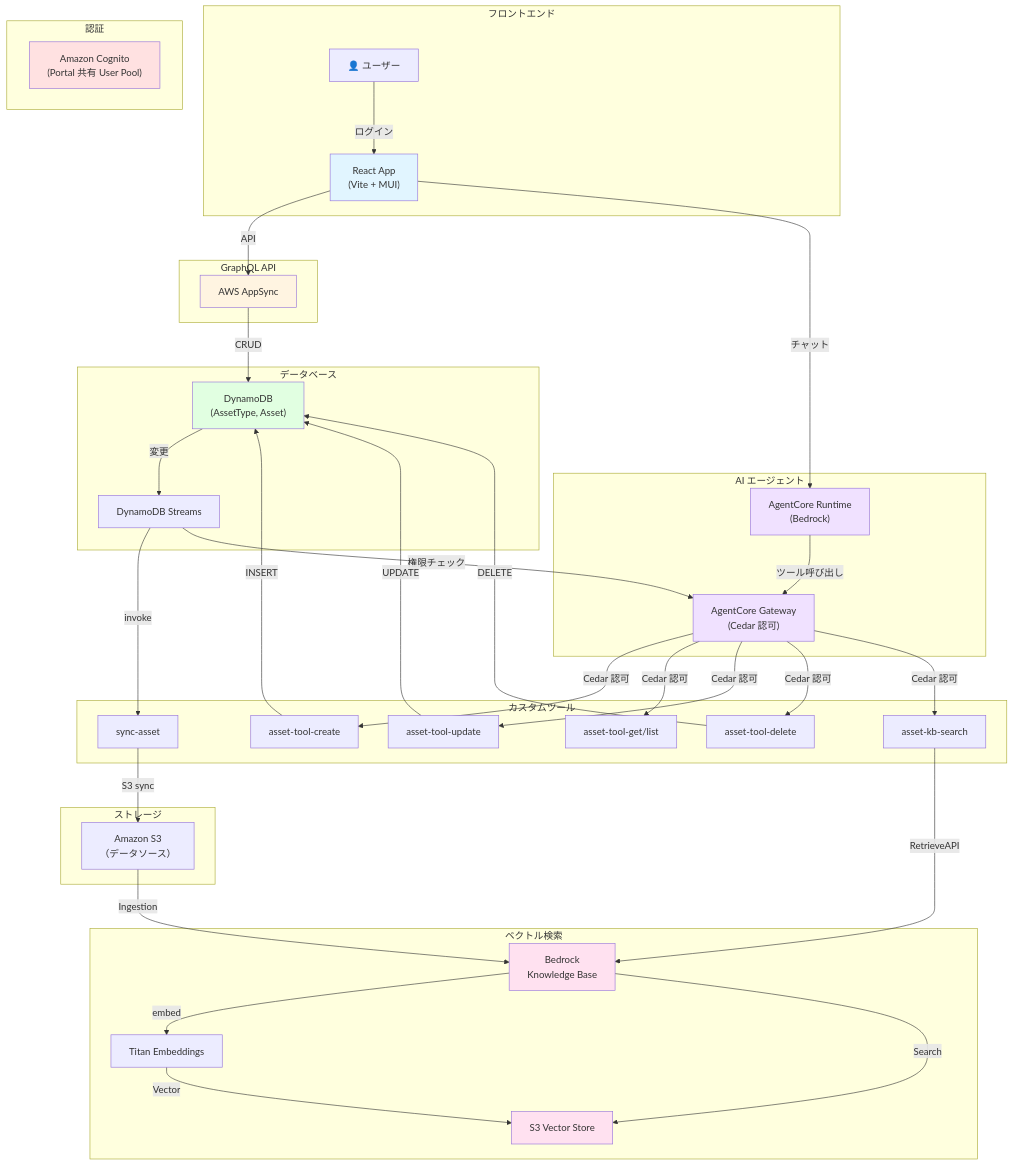
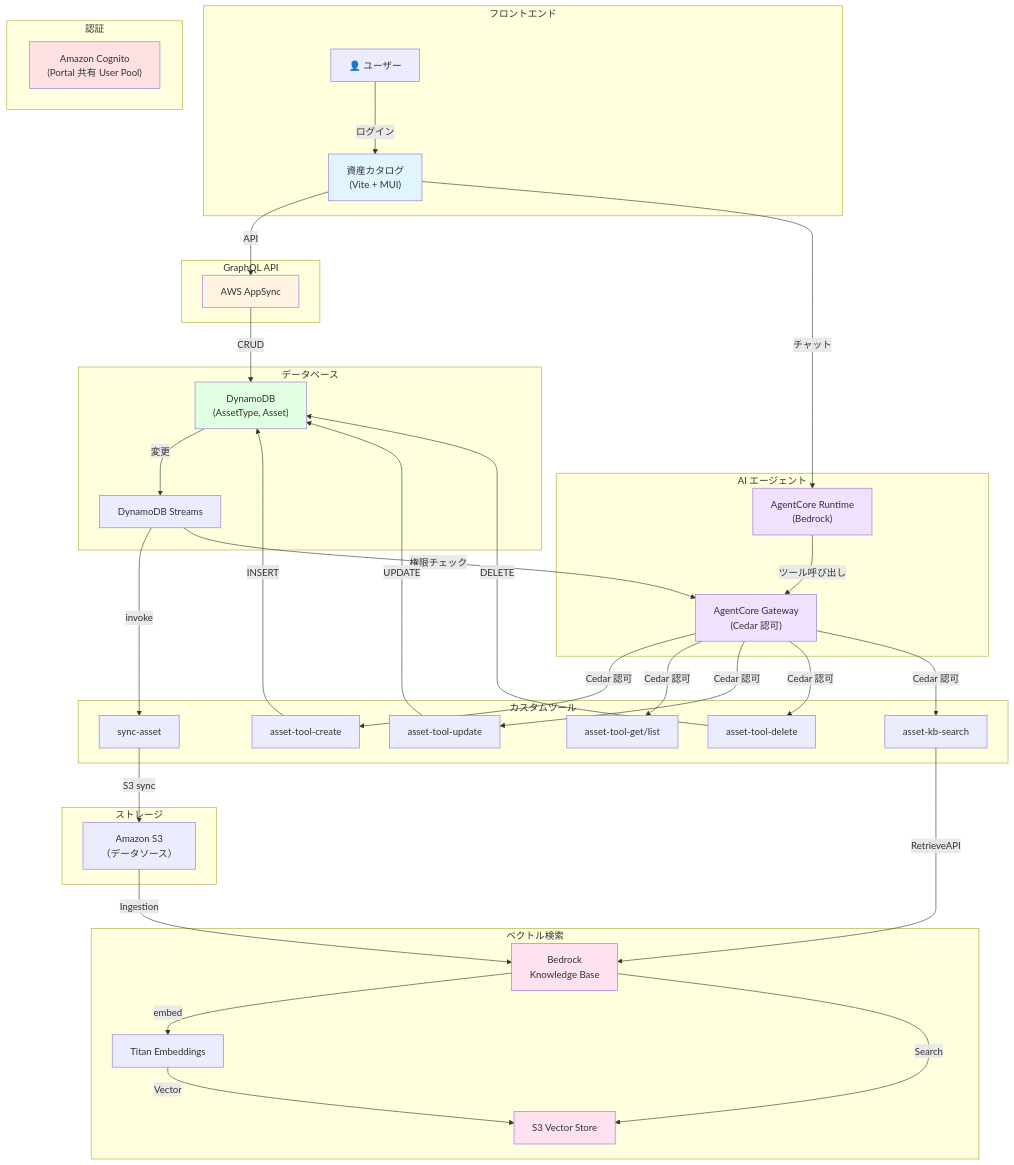
One commit to kyiwanami/workops-suite-monorepo changed the diagram in apps/asset-catalog/README.md. Above: the diagram before and after it, drawn with Mermaid. The commit also changed 5 other files, not shown here.

````diff
--- a/apps/asset-catalog/README.md
+++ b/apps/asset-catalog/README.md
@@ -58,81 +58,81 @@
 ```mermaid
 graph TB
     subgraph Frontend["フロントエンド"]
         User["👤 ユーザー"]
-        React["React App<br/>(Vite + MUI)"]
+        React["資産カタログ<br/>(Vite + MUI)"]
     end
 
     subgraph Auth["認証"]
         Cognito["Amazon Cognito<br/>(Portal 共有 User Pool)"]
     end
 
     subgraph API["GraphQL API"]
         AppSync["AWS AppSync"]
     end
 
     subgraph Database["データベース"]
         DynamoDB["DynamoDB<br/>(AssetType, Asset)"]
         Streams["DynamoDB Streams"]
     end
 
     subgraph Storage["ストレージ"]
         S3["Amazon S3<br/>（データソース）"]
     end
 
     subgraph AI["AI エージェント"]
         Runtime["AgentCore Runtime<br/>(Bedrock)"]
         Gateway["AgentCore Gateway<br/>(Cedar 認可)"]
     end
 
     subgraph Tools["カスタムツール"]
         AssetCreate["asset-tool-create"]
         AssetRead["asset-tool-get/list"]
         AssetUpdate["asset-tool-update"]
         AssetDelete["asset-tool-delete"]
         KBSearch["asset-kb-search"]
         SyncAsset["sync-asset"]
     end
 
     subgraph VectorSearch["ベクトル検索"]
         KB["Bedrock<br/>Knowledge Base"]
         Embeddings["Titan Embeddings"]
         VectorStore["S3 Vector Store"]
     end
 
     User -->|ログイン| React
     React -->|API| AppSync
     React -->|チャット| Runtime
 
     AppSync -->|CRUD| DynamoDB
     DynamoDB -->|変更| Streams
     Streams -->|invoke| SyncAsset
     Streams -->|権限チェック| Gateway
 
     Runtime -->|ツール呼び出し| Gateway
     Gateway -->|Cedar 認可| AssetCreate
     Gateway -->|Cedar 認可| AssetRead
     Gateway -->|Cedar 認可| AssetUpdate
     Gateway -->|Cedar 認可| AssetDelete
     Gateway -->|Cedar 認可| KBSearch
 
     AssetCreate -->|INSERT| DynamoDB
     AssetUpdate -->|UPDATE| DynamoDB
     AssetDelete -->|DELETE| DynamoDB
 
     SyncAsset -->|S3 sync| S3
     S3 -->|Ingestion| KB
     KB -->|embed| Embeddings
     Embeddings -->|Vector| VectorStore
 
     KBSearch -->|RetrieveAPI| KB
     KB -->|Search| VectorStore
 
     style React fill:#e1f5ff
     style Cognito fill:#ffe1e1
     style AppSync fill:#fff4e1
     style DynamoDB fill:#e1ffe1
     style Runtime fill:#f0e1ff
     style Gateway fill:#f0e1ff
     style KB fill:#ffe1f0
     style VectorStore fill:#ffe1f0
 ```
````
